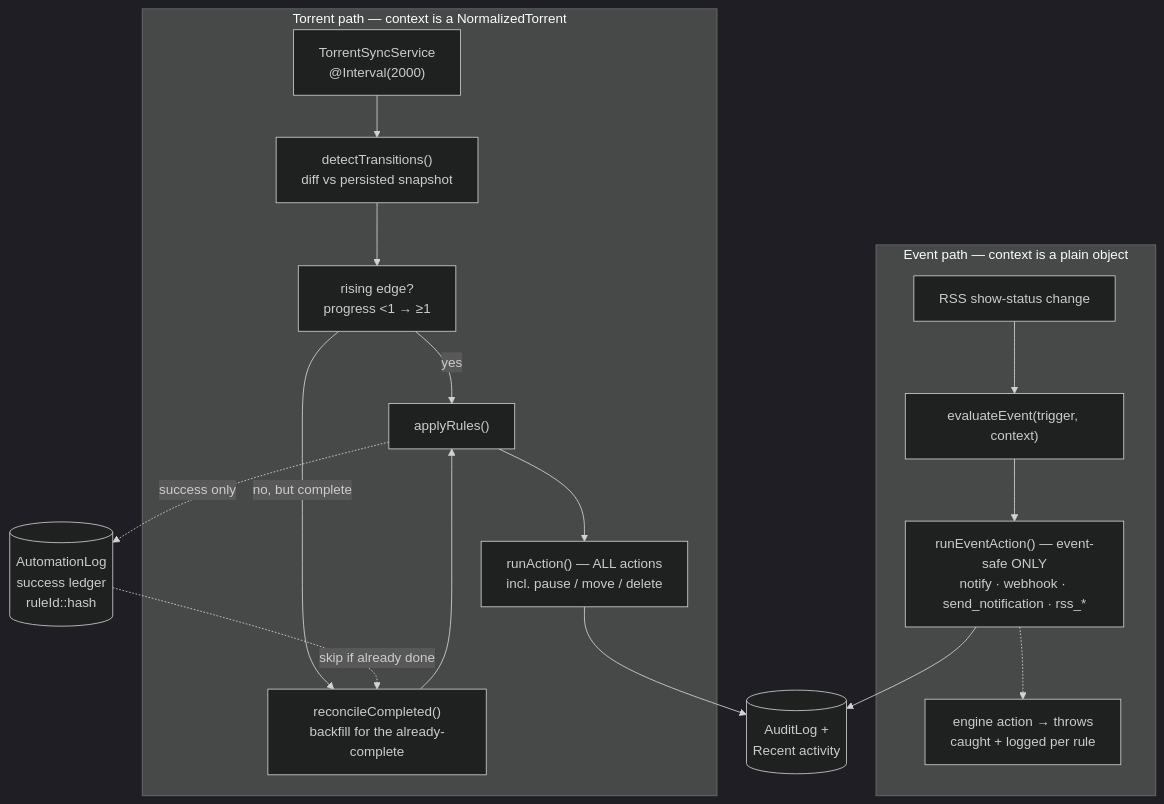
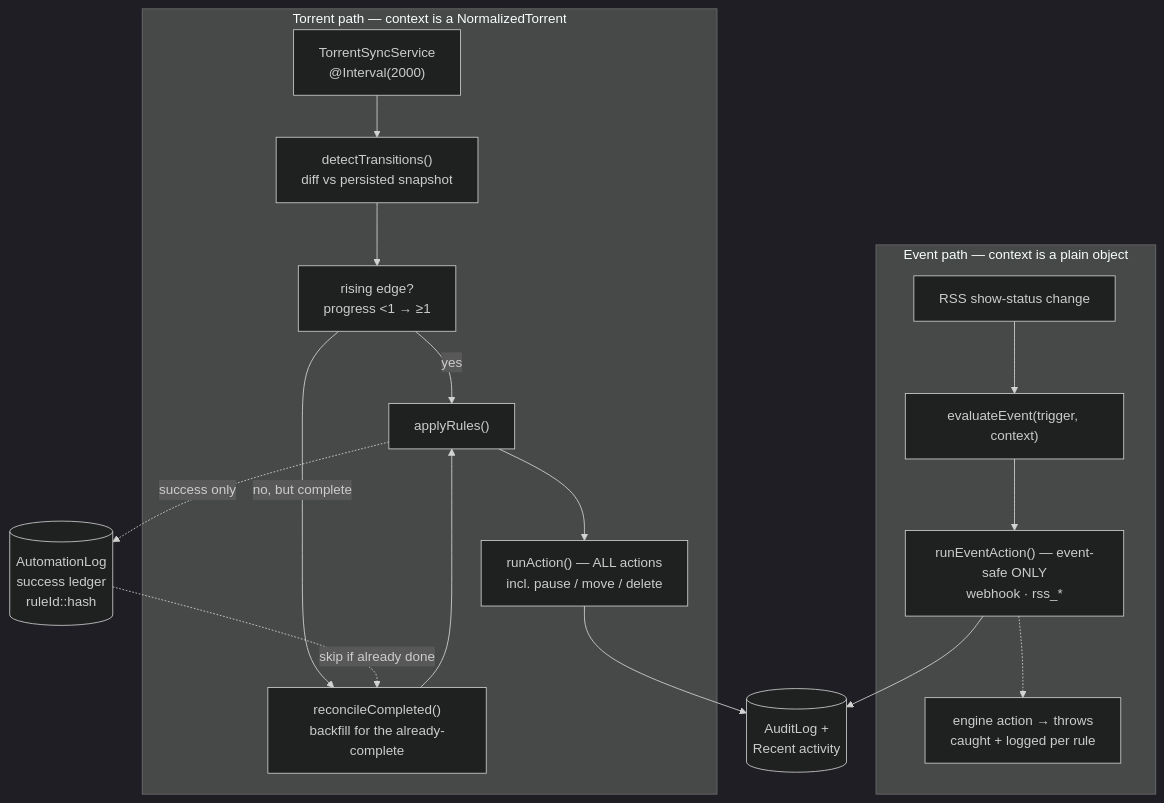
Before and after one commit to damirabal/ultratorrent-core: the first of 2 diagrams in website/docs/develop/automation.md, drawn with Mermaid (dark theme). The commit also changed other lines of this file and 63 other files, not shown here.

````diff
--- a/website/docs/develop/automation.md
+++ b/website/docs/develop/automation.md
@@ -281,33 +273,33 @@
 ```mermaid
 flowchart TB
   subgraph Torrent["Torrent path — context is a NormalizedTorrent"]
     SYNC["TorrentSyncService<br/>@Interval(2000)"]
     DT["detectTransitions()<br/>diff vs persisted snapshot"]
     EDGE["rising edge?<br/>progress <1 → ≥1"]
     BF["reconcileCompleted()<br/>backfill for the already-complete"]
     AR["applyRules()"]
     EA["runAction() — ALL actions<br/>incl. pause / move / delete"]
   end
 
   subgraph Event["Event path — context is a plain object"]
     RSS["RSS show-status change"]
     EE["evaluateEvent(trigger, context)"]
-    REA["runEventAction() — event-safe ONLY<br/>notify · webhook · send_notification · rss_*"]
+    REA["runEventAction() — event-safe ONLY<br/>webhook · rss_*"]
     ERR["engine action → throws<br/>caught + logged per rule"]
   end
 
   LEDGER[("AutomationLog<br/>success ledger<br/>ruleId::hash")]
 
   SYNC --> DT --> EDGE
   EDGE -->|"yes"| AR
   EDGE -->|"no, but complete"| BF --> AR
   AR --> EA
   AR -.->|"success only"| LEDGER
   LEDGER -.->|"skip if already done"| BF
 
   RSS --> EE --> REA
   REA -.-> ERR
 
   EA --> AUDIT[("AuditLog +<br/>Recent activity")]
   REA --> AUDIT
 ```
````
